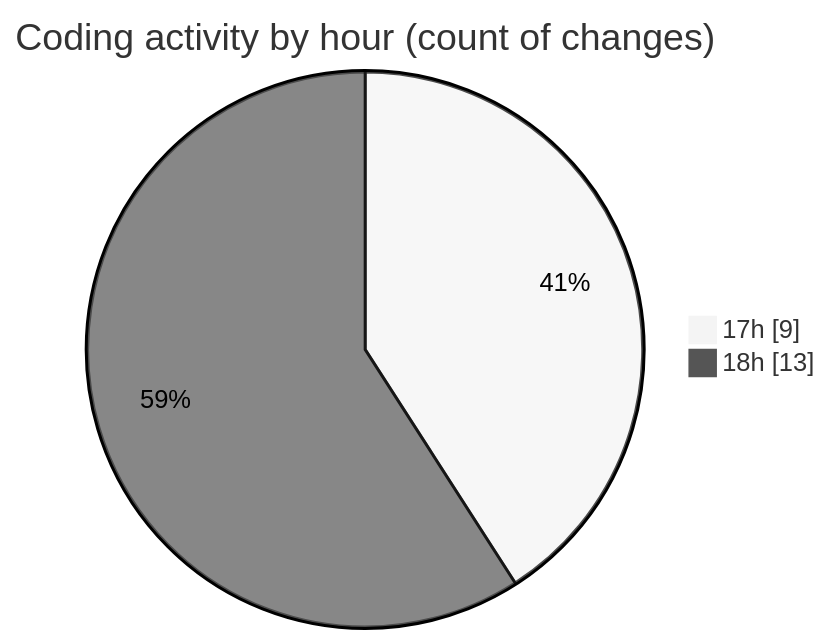
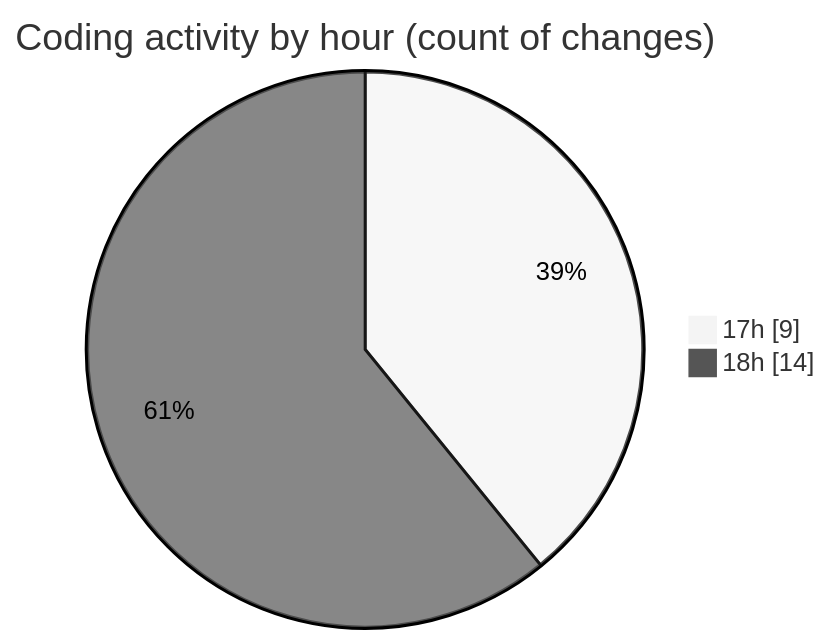
The second of 2 diagrams in 2025-02-08/termonied-web/README.md (robertbonfada/code-tracking), drawn with Mermaid (neutral theme) before and after one commit. The commit also changed other lines of this file and 1 other file, not shown here.

````diff
--- a/2025-02-08/termonied-web/README.md
+++ b/2025-02-08/termonied-web/README.md
@@ -33,6 +34,6 @@
 ```mermaid
 pie showData
 title Coding activity by hour (count of changes)
 "17h" : 9
-"18h" : 13
+"18h" : 14
 ```
````
